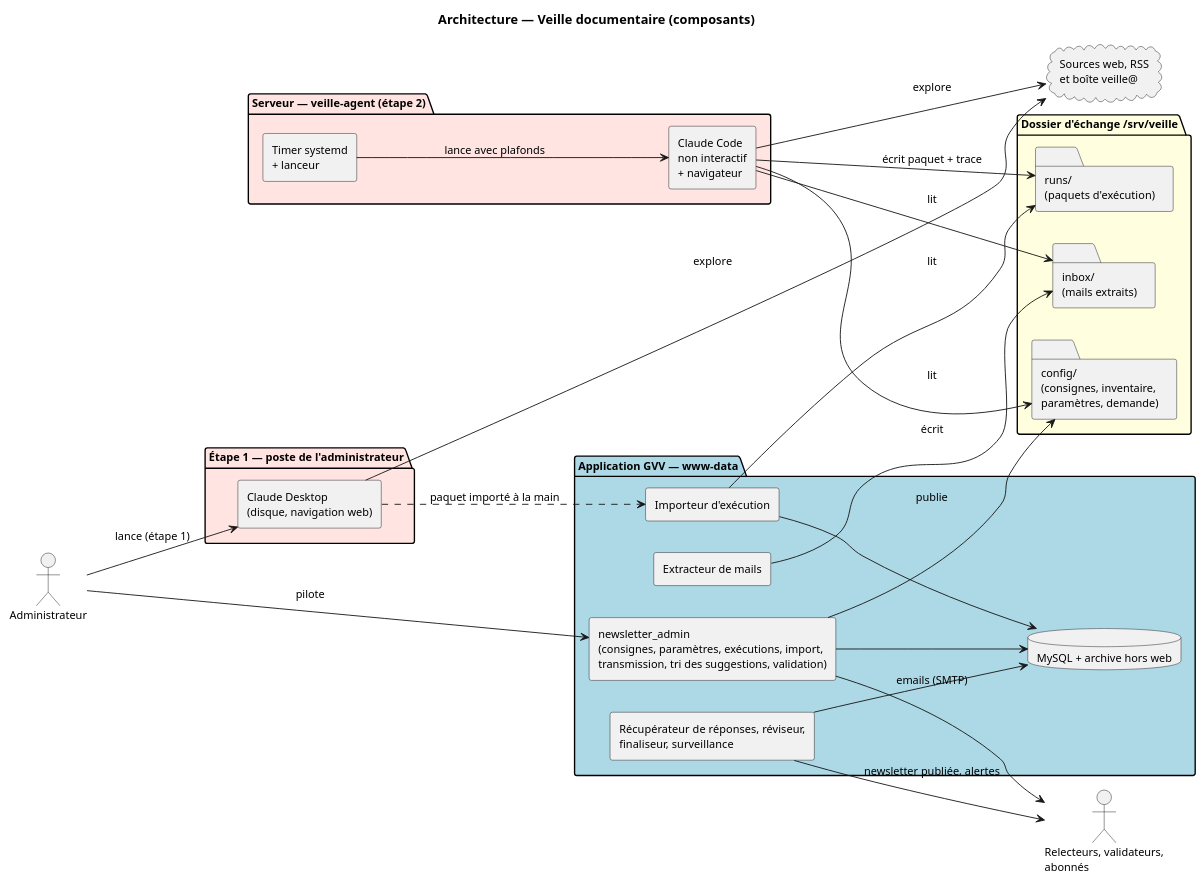
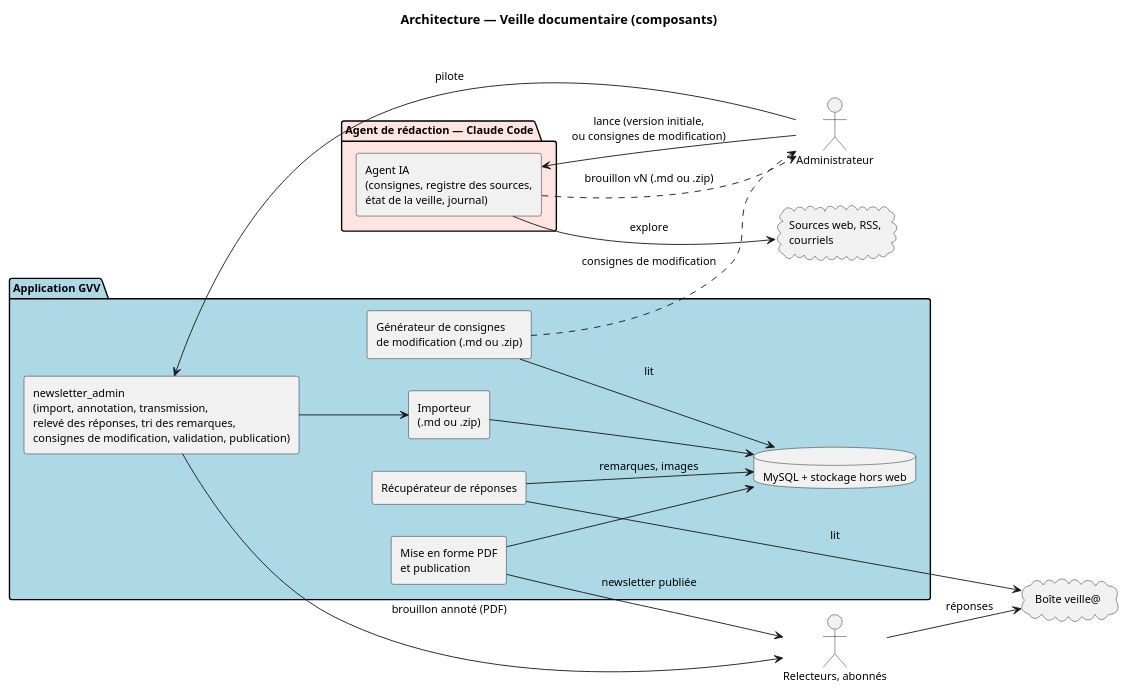
The diagram in doc/design_notes/diagrams/veille_composants.puml (flub78/gvv), drawn with PlantUML before and after one commit. The commit also changed 55 other files, not shown here.

```diff
--- a/doc/design_notes/diagrams/veille_composants.puml
+++ b/doc/design_notes/diagrams/veille_composants.puml
@@ -1,57 +1,43 @@
 @startuml veille_composants
 skinparam componentStyle rectangle
 skinparam backgroundColor white
 skinparam defaultFontSize 12
 left to right direction
 
 title Architecture — Veille documentaire (composants)
 
 actor "Administrateur" as ADMIN
 
-package "Étape 1 — poste de l'administrateur" #mistyrose {
-  component [Claude Desktop\n(disque, navigation web)] as DESKTOP
+package "Agent de rédaction — Claude Code" #mistyrose {
+  component [Agent IA\n(consignes, registre des sources,\nétat de la veille, journal)] as AGENT
 }
 
-package "Application GVV — www-data" #lightblue {
-  component [newsletter_admin\n(consignes, paramètres, exécutions, import,\ntransmission, tri des suggestions, validation)] as CTRL
-  component [Extracteur de mails] as EXTRACTOR
-  component [Importeur d'exécution] as IMPORTER
-  component [Récupérateur de réponses, réviseur,\nfinaliseur, surveillance] as JOBS
-  database "MySQL + archive hors web" as STORE
+package "Application GVV" #lightblue {
+  component [newsletter_admin\n(import, annotation, transmission,\nrelevé des réponses, tri des remarques,\nconsignes de modification, validation, publication)] as CTRL
+  component [Importeur\n(.md ou .zip)] as IMPORTER
+  component [Récupérateur de réponses] as COLLECT
+  component [Générateur de consignes\nde modification (.md ou .zip)] as DIRECTIVES
+  component [Mise en forme PDF\net publication] as PUBLISH
+  database "MySQL + stockage hors web" as STORE
 }
 
-package "Dossier d'échange /srv/veille" #lightyellow {
-  folder "config/\n(consignes, inventaire,\nparamètres, demande)" as XCONF
-  folder "inbox/\n(mails extraits)" as XINBOX
-  folder "runs/\n(paquets d'exécution)" as XRUNS
-}
+cloud "Sources web, RSS,\ncourriels" as SOURCES
+cloud "Boîte veille@" as MAILBOX
+actor "Relecteurs, abonnés" as PEOPLE
 
-package "Serveur — veille-agent (étape 2)" #mistyrose {
-  component [Timer systemd\n+ lanceur] as LAUNCHER
-  component [Claude Code\nnon interactif\n+ navigateur] as AGENT
-}
-
-cloud "Sources web, RSS\net boîte veille@" as SOURCES
-actor "Relecteurs, validateurs,\nabonnés" as PEOPLE
-
+AGENT --> SOURCES : explore
+ADMIN --> AGENT : lance (version initiale,\nou consignes de modification)
+AGENT ..> ADMIN : brouillon vN (.md ou .zip)
 ADMIN --> CTRL : pilote
-ADMIN --> DESKTOP : lance (étape 1)
-DESKTOP --> SOURCES : explore
-DESKTOP ..> IMPORTER : paquet importé à la main
-
-CTRL --> XCONF : publie
-EXTRACTOR --> XINBOX : écrit
-LAUNCHER --> AGENT : lance avec plafonds
-AGENT --> XCONF : lit
-AGENT --> XINBOX : lit
-AGENT --> SOURCES : explore
-AGENT --> XRUNS : écrit paquet + trace
-IMPORTER --> XRUNS : lit
-
+CTRL --> IMPORTER
 IMPORTER --> STORE
-CTRL --> STORE
-JOBS --> STORE
-CTRL --> PEOPLE : emails (SMTP)
-JOBS --> PEOPLE : newsletter publiée, alertes
+CTRL --> PEOPLE : brouillon annoté (PDF)
+PEOPLE --> MAILBOX : réponses
+COLLECT --> MAILBOX : lit
+COLLECT --> STORE : remarques, images
+DIRECTIVES --> STORE : lit
+DIRECTIVES ..> ADMIN : consignes de modification
+PUBLISH --> STORE
+PUBLISH --> PEOPLE : newsletter publiée
 
 @enduml
```
